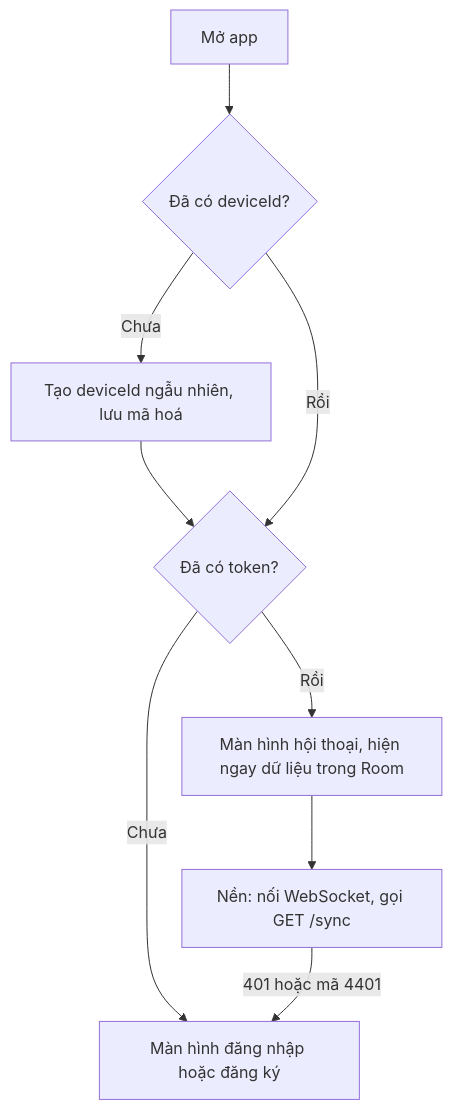
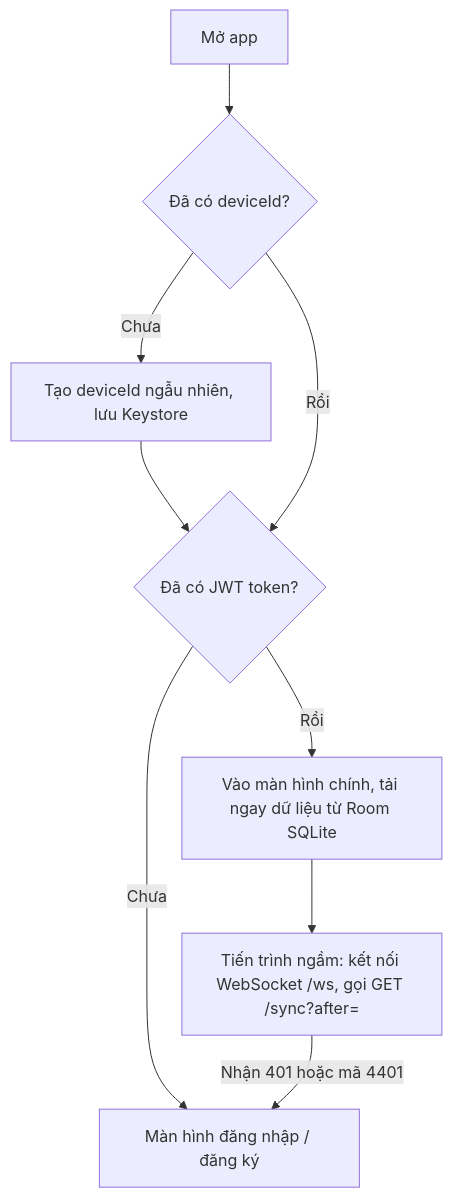
One commit to Project-Mobile-TEAM/Project_Mobile changed the tenth of 10 diagrams in docs/FLOWS.md. Above: the diagram before and after it, drawn with Mermaid. The commit also changed other lines of this file and 8 other files, not shown here.

Commit message:
docs: complete architecture specifications, API contract and deployment security

````diff
--- a/docs/FLOWS.md
+++ b/docs/FLOWS.md
@@ -514,10 +432,10 @@
 ```mermaid
 flowchart TD
     Start["Mở app"] --> Dev{"Đã có deviceId?"}
-    Dev -- "Chưa" --> Gen["Tạo deviceId ngẫu nhiên, lưu mã hoá"] --> Tok
-    Dev -- "Rồi" --> Tok{"Đã có token?"}
-    Tok -- "Chưa" --> Login["Màn hình đăng nhập hoặc đăng ký"]
-    Tok -- "Rồi" --> Main["Màn hình hội thoại, hiện ngay dữ liệu trong Room"]
-    Main --> Bg["Nền: nối WebSocket, gọi GET /sync"]
-    Bg -- "401 hoặc mã 4401" --> Login
+    Dev -- "Chưa" --> Gen["Tạo deviceId ngẫu nhiên, lưu Keystore"] --> Tok
+    Dev -- "Rồi" --> Tok{"Đã có JWT token?"}
+    Tok -- "Chưa" --> Login["Màn hình đăng nhập / đăng ký"]
+    Tok -- "Rồi" --> Main["Vào màn hình chính, tải ngay dữ liệu từ Room SQLite"]
+    Main --> Bg["Tiến trình ngầm: kết nối WebSocket /ws, gọi GET /sync?after=<lastSyncEventId>"]
+    Bg -- "Nhận 401 hoặc mã 4401" --> Login
 ```
````
